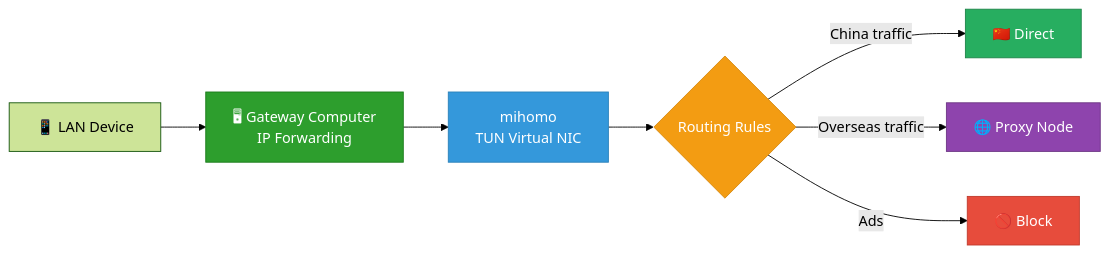
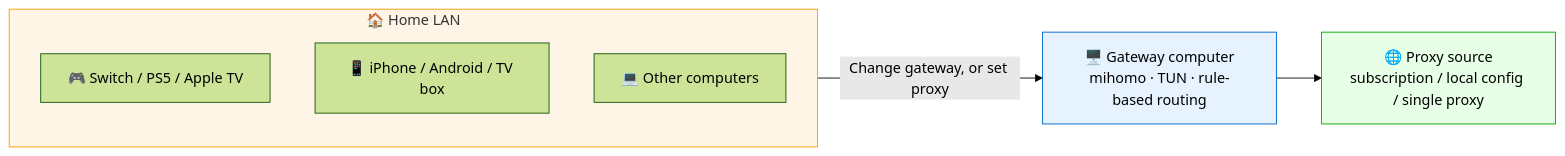
Before and after one commit to Tght1211/lan-proxy-gateway: the diagram in README_EN.md, drawn with Mermaid (forest theme). The commit also changed other lines of this file and 1 other file, not shown here.

````diff
--- a/README_EN.md
+++ b/README_EN.md
@@ -274,16 +12,16 @@
 ```mermaid
 flowchart LR
-    Device["📱 LAN Device"] --> Mac["🖥 Gateway Computer<br/>IP Forwarding"]
-    Mac --> TUN["mihomo<br/>TUN Virtual NIC"]
-    TUN --> Rules{"Routing Rules"}
-    Rules -- "China traffic" --> Direct["🇨🇳 Direct"]
-    Rules -- "Overseas traffic" --> Proxy["🌐 Proxy Node"]
-    Rules -- "Ads" --> Block["🚫 Block"]
+    subgraph LAN["🏠 Home LAN"]
+        direction TB
+        S[🎮 Switch / PS5 / Apple TV]
+        M[📱 iPhone / Android / TV box]
+        PC[💻 Other computers]
+    end
+    GW["🖥️ Gateway computer<br/>mihomo · TUN · rule-based routing"]
+    SRC["🌐 Proxy source<br/>subscription / local config / single proxy"]
+    LAN -- "Change gateway, or set proxy" --> GW --> SRC
 
-    style Mac fill:#2d9e2d,color:#fff,stroke:#1a7a1a
-    style TUN fill:#3498db,color:#fff,stroke:#2980b9
-    style Rules fill:#f39c12,color:#fff,stroke:#d68910
-    style Direct fill:#27ae60,color:#fff,stroke:#1e8449
-    style Proxy fill:#8e44ad,color:#fff,stroke:#6c3483
-    style Block fill:#e74c3c,color:#fff,stroke:#c0392b
+    style LAN fill:#fff5e6,stroke:#ff9900
+    style GW fill:#e6f3ff,stroke:#0066cc
+    style SRC fill:#e6ffe6,stroke:#00aa00
 ```
````
